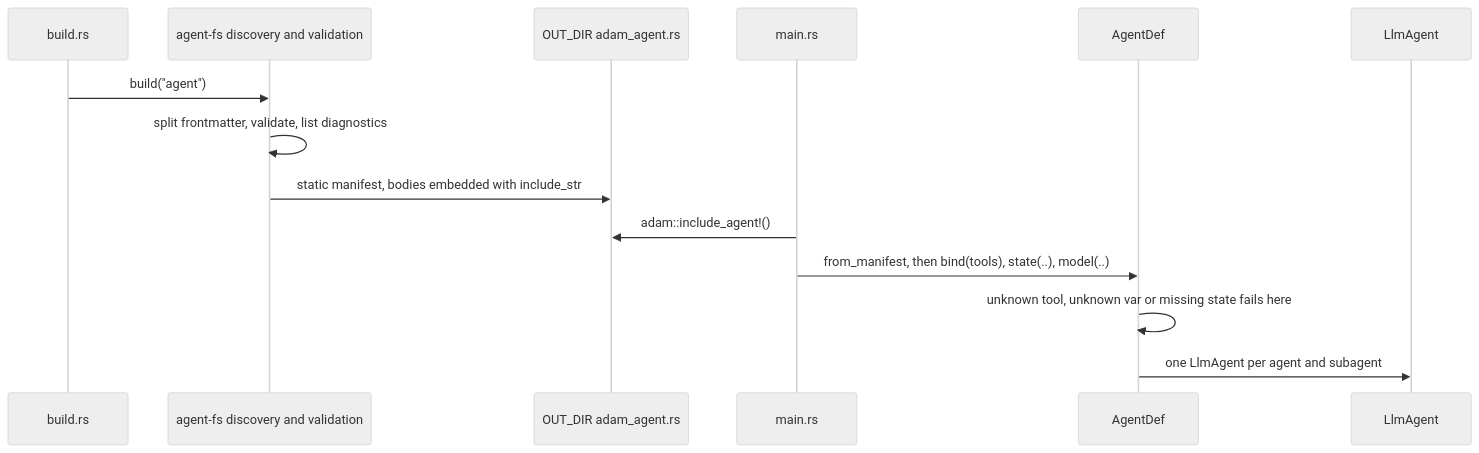
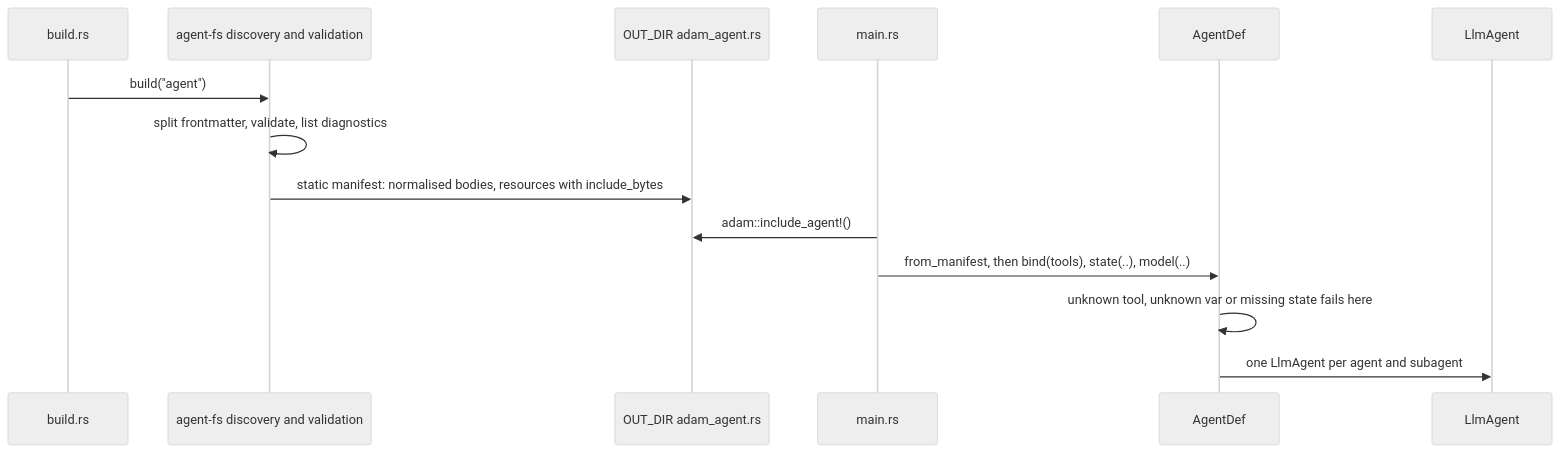
One commit to vymalo/another-adam-rs changed the seventh of 7 diagrams in docs/authoring.md. Above: the diagram before and after it, drawn with Mermaid (neutral theme). The commit also changed other lines of this file and 69 other files, not shown here.

````diff
--- a/docs/authoring.md
+++ b/docs/authoring.md
@@ -330,16 +488,16 @@
 ```mermaid
 sequenceDiagram
   participant B as build.rs
   participant F as agent-fs discovery and validation
   participant O as OUT_DIR adam_agent.rs
   participant M as main.rs
   participant D as AgentDef
   participant L as LlmAgent
   B->>F: build("agent")
   F->>F: split frontmatter, validate, list diagnostics
-  F->>O: static manifest, bodies embedded with include_str
+  F->>O: static manifest: normalised bodies, resources with include_bytes
   M->>O: adam::include_agent!()
   M->>D: from_manifest, then bind(tools), state(..), model(..)
   D->>D: unknown tool, unknown var or missing state fails here
   D->>L: one LlmAgent per agent and subagent
 ```
````
